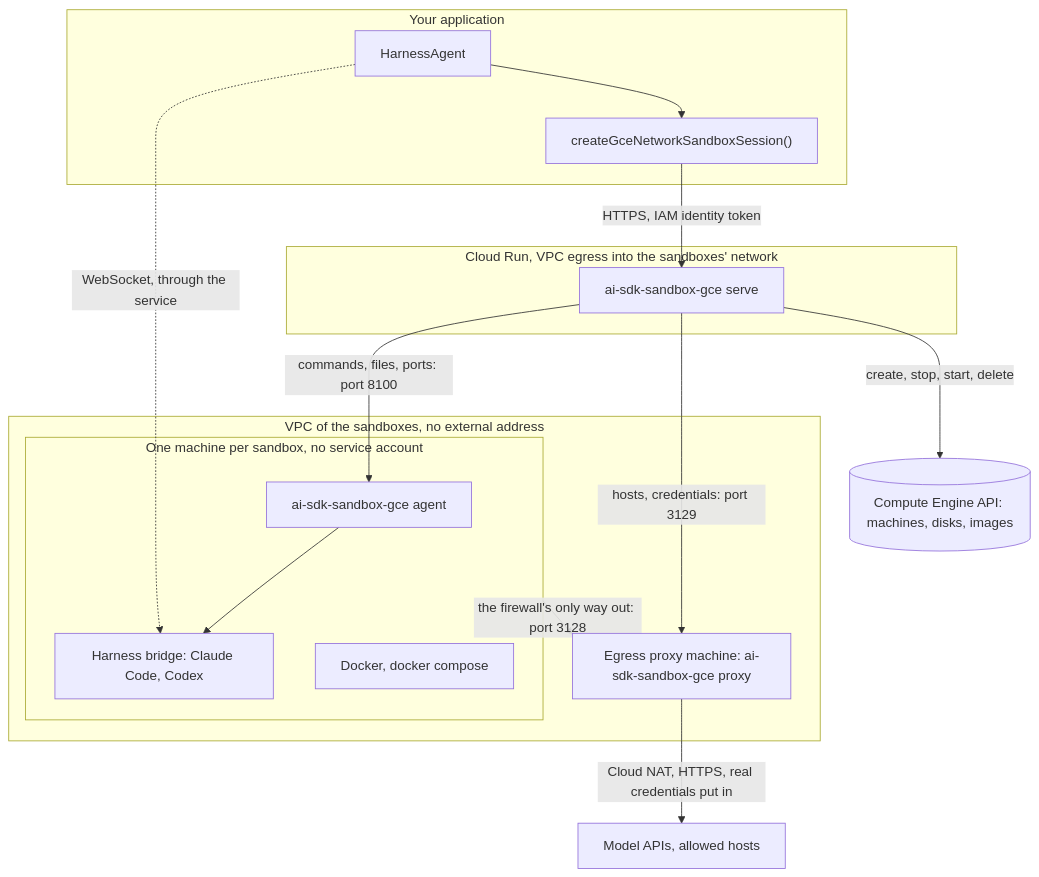
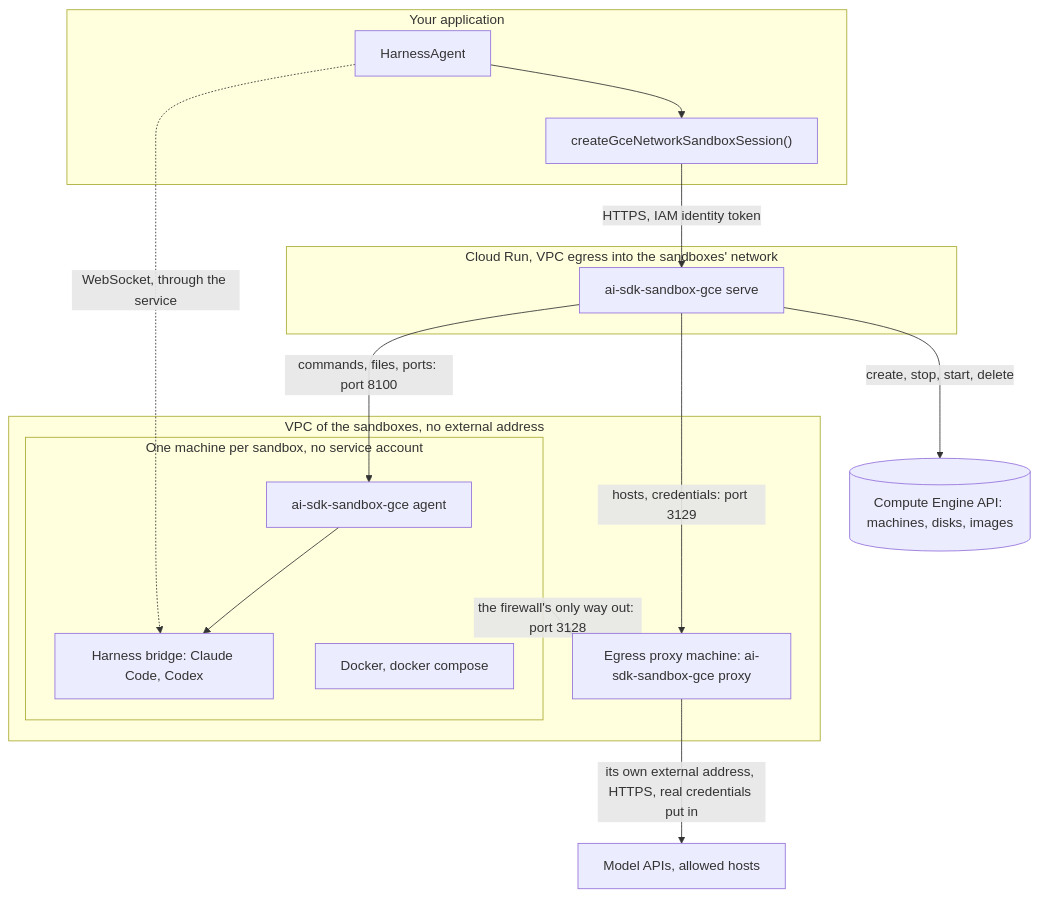
Before and after one commit to fpasquet/ai-sdk-harness: the first of 2 diagrams in packages/sandbox-gce/README.md, drawn with Mermaid. The commit also changed other lines of this file and 17 other files, not shown here.

````diff
--- a/packages/sandbox-gce/README.md
+++ b/packages/sandbox-gce/README.md
@@ -25,26 +25,26 @@
 ```mermaid
 flowchart TB
   subgraph app["Your application"]
     agent["HarnessAgent"] --> client["createGceNetworkSandboxSession()"]
   end
   subgraph run["Cloud Run, VPC egress into the sandboxes' network"]
     service["ai-sdk-sandbox-gce serve"]
   end
   subgraph vpc["VPC of the sandboxes, no external address"]
     subgraph vm["One machine per sandbox, no service account"]
       vmagent["ai-sdk-sandbox-gce agent"] --> bridge["Harness bridge: Claude Code, Codex"]
       docker["Docker, docker compose"]
     end
     proxy["Egress proxy machine: ai-sdk-sandbox-gce proxy"]
   end
   compute[("Compute Engine API: machines, disks, images")]
   api["Model APIs, allowed hosts"]
 
   client -- "HTTPS, IAM identity token" --> service
   agent -. "WebSocket, through the service" .-> bridge
   service -- "create, stop, start, delete" --> compute
   service -- "commands, files, ports: port 8100" --> vmagent
   service -- "hosts, credentials: port 3129" --> proxy
   vm -- "the firewall's only way out: port 3128" --> proxy
-  proxy -- "Cloud NAT, HTTPS, real credentials put in" --> api
+  proxy -- "its own external address, HTTPS, real credentials put in" --> api
 ```
````
